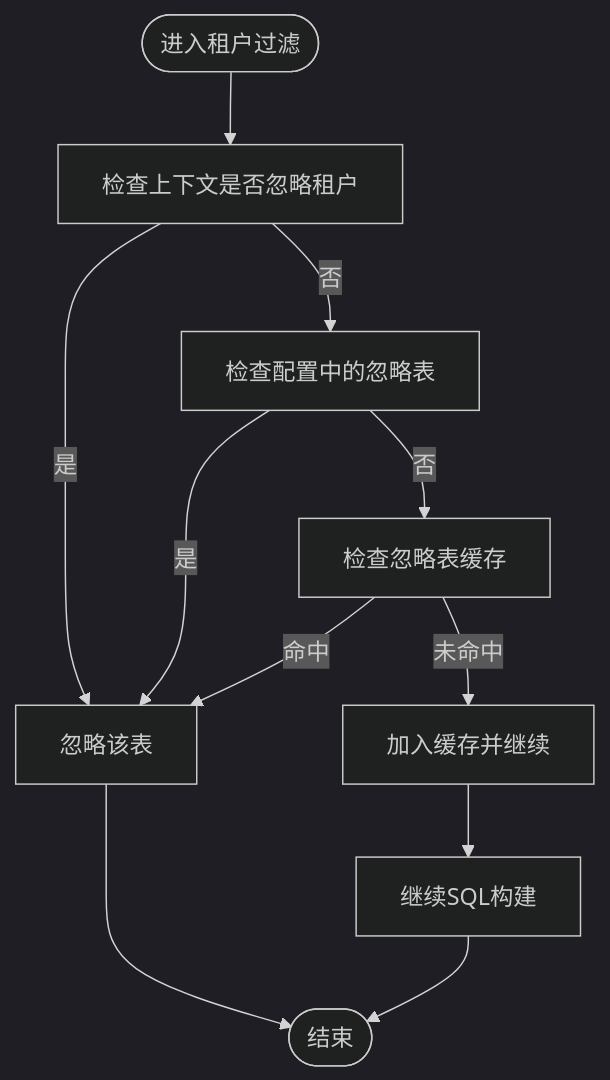
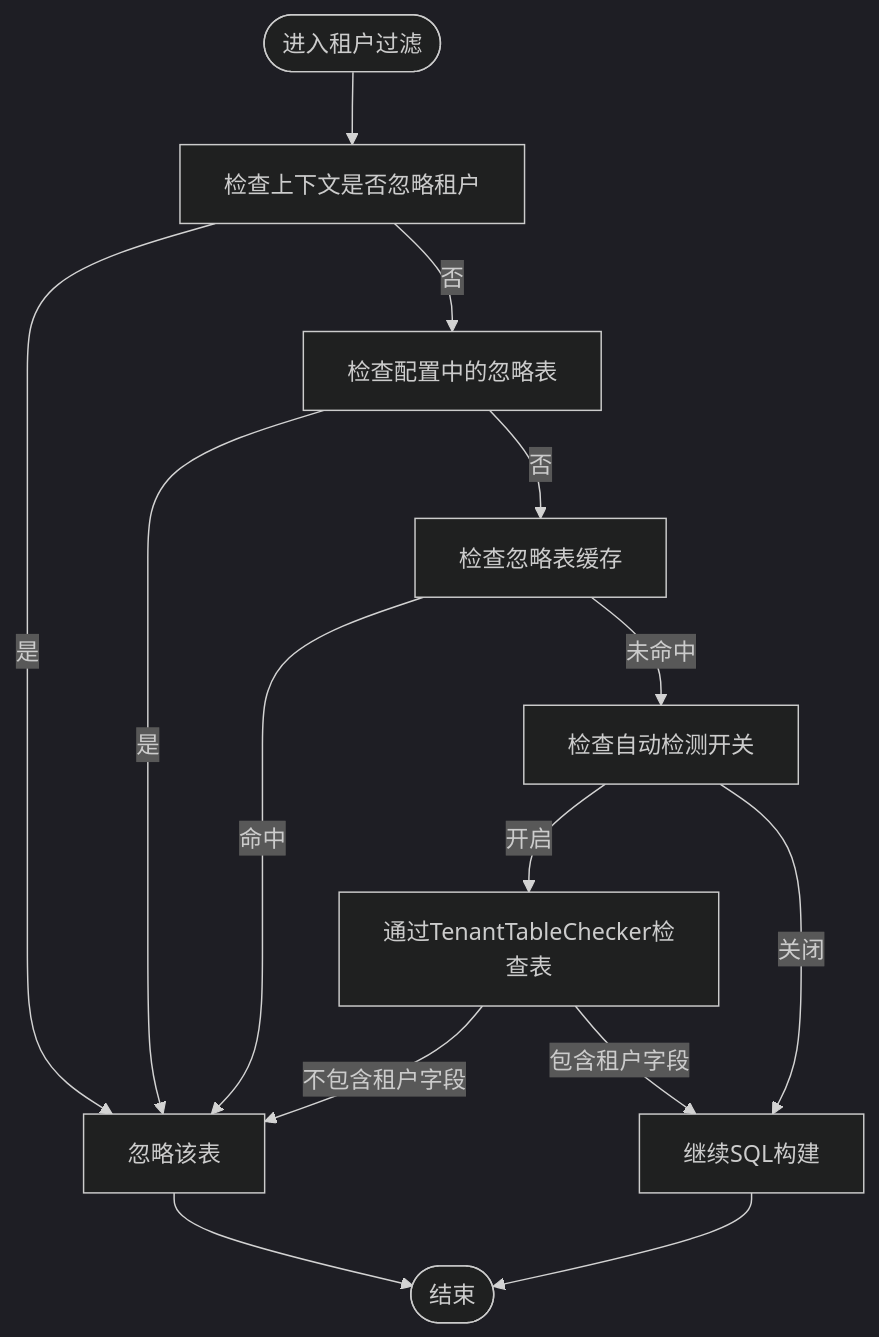
The sixth of 8 diagrams in .qoder/repowiki/zh/content/核心功能模块/多租户管理/多租户管理.md (yaomindong1996/forge-admin), drawn with Mermaid (dark theme) before and after one commit. The commit also changed other lines of this file and 37 other files, not shown here.

````diff
--- a/.qoder/repowiki/zh/content/核心功能模块/多租户管理/多租户管理.md
+++ b/.qoder/repowiki/zh/content/核心功能模块/多租户管理/多租户管理.md
@@ -182,13 +243,16 @@
 ```mermaid
 flowchart TD
 Start(["进入租户过滤"]) --> CheckIgnoreCtx["检查上下文是否忽略租户"]
 CheckIgnoreCtx --> |是| Ignore["忽略该表"]
 CheckIgnoreCtx --> |否| CheckIgnoreCfg["检查配置中的忽略表"]
 CheckIgnoreCfg --> |是| Ignore
 CheckIgnoreCfg --> |否| CheckCache["检查忽略表缓存"]
 CheckCache --> |命中| Ignore
-CheckCache --> |未命中| AddToCache["加入缓存并继续"]
-AddToCache --> Continue["继续SQL构建"]
-Ignore --> End(["结束"])
-Continue --> End
+CheckCache --> |未命中| CheckAutoDetect["检查自动检测开关"]
+CheckAutoDetect --> |开启| CheckTable["通过TenantTableChecker检查表"]
+CheckTable --> |不包含租户字段| Ignore
+CheckTable --> |包含租户字段| Continue["继续SQL构建"]
+CheckAutoDetect --> |关闭| Continue
+Continue --> End(["结束"])
+Ignore --> End
 ```
````
